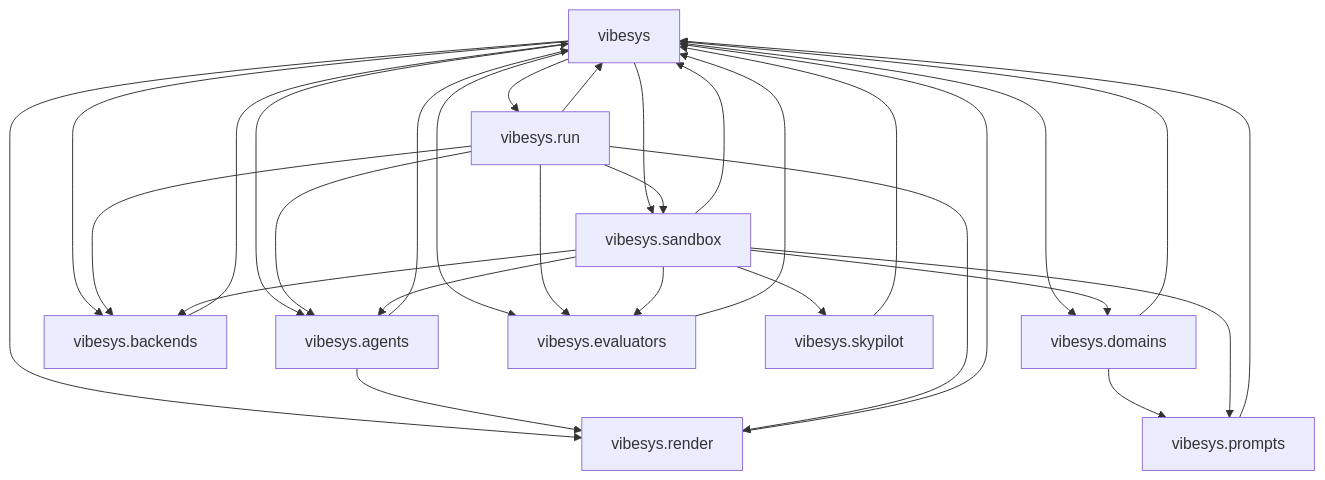
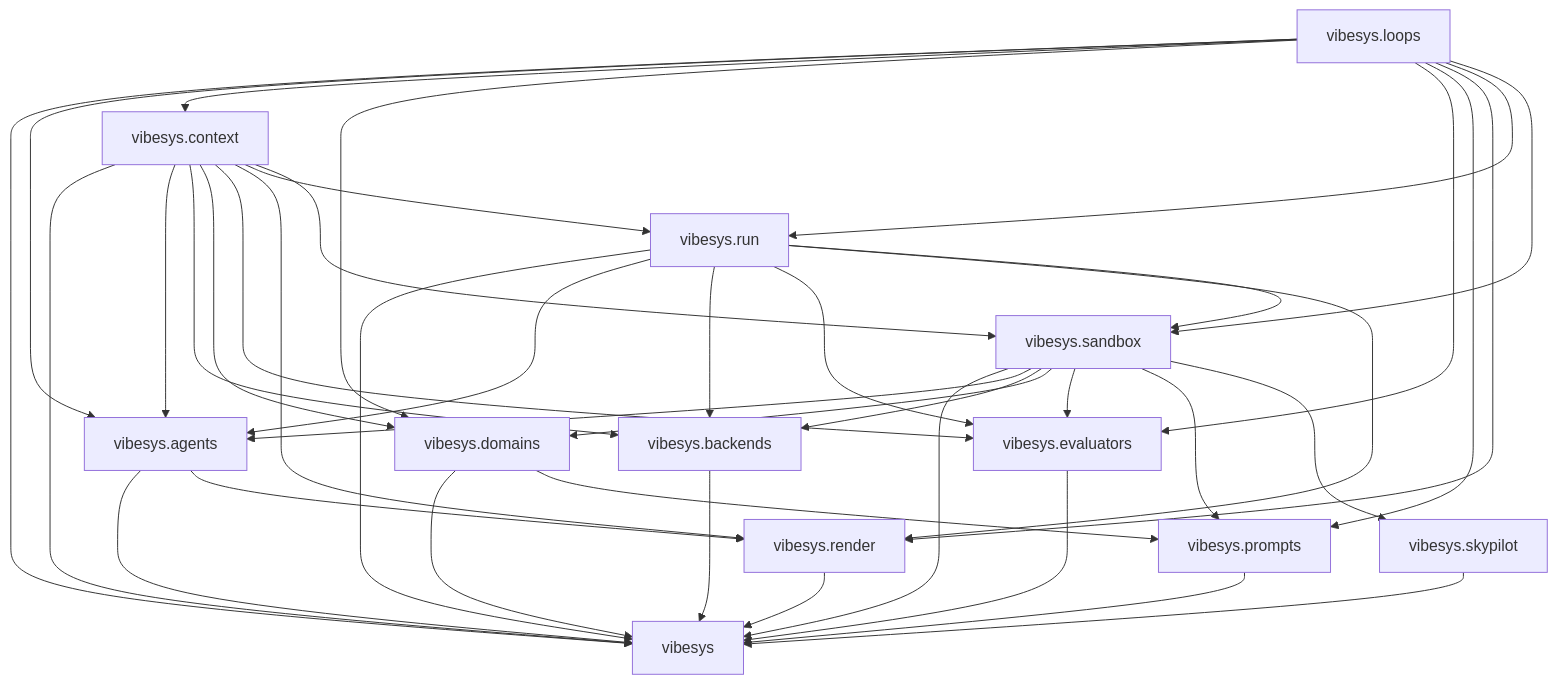
One commit to AyanBinRafaih/vibe-serve changed the second of 3 diagrams in docs/contributing/architecture.md. Above: the diagram before and after it, drawn with Mermaid. The commit also changed other lines of this file and 8 other files, not shown here.

Commit message:
refactor: make the core module graph acyclic and forbid cycles (#851)

````diff
--- a/docs/contributing/architecture.md
+++ b/docs/contributing/architecture.md
@@ -49,32 +48,42 @@
 ```mermaid
 graph TD
-    vibesys --> vibesys.agents
-    vibesys --> vibesys.backends
-    vibesys --> vibesys.domains
-    vibesys --> vibesys.evaluators
-    vibesys --> vibesys.render
-    vibesys --> vibesys.run
-    vibesys --> vibesys.sandbox
     vibesys.agents --> vibesys
     vibesys.agents --> vibesys.render
     vibesys.backends --> vibesys
+    vibesys.context --> vibesys
+    vibesys.context --> vibesys.agents
+    vibesys.context --> vibesys.backends
+    vibesys.context --> vibesys.domains
+    vibesys.context --> vibesys.evaluators
+    vibesys.context --> vibesys.render
+    vibesys.context --> vibesys.run
+    vibesys.context --> vibesys.sandbox
     vibesys.domains --> vibesys
     vibesys.domains --> vibesys.prompts
     vibesys.evaluators --> vibesys
+    vibesys.loops --> vibesys
+    vibesys.loops --> vibesys.agents
+    vibesys.loops --> vibesys.context
+    vibesys.loops --> vibesys.domains
+    vibesys.loops --> vibesys.evaluators
+    vibesys.loops --> vibesys.prompts
+    vibesys.loops --> vibesys.render
+    vibesys.loops --> vibesys.run
+    vibesys.loops --> vibesys.sandbox
     vibesys.prompts --> vibesys
     vibesys.render --> vibesys
     vibesys.run --> vibesys
     vibesys.run --> vibesys.agents
     vibesys.run --> vibesys.backends
     vibesys.run --> vibesys.evaluators
     vibesys.run --> vibesys.render
     vibesys.run --> vibesys.sandbox
     vibesys.sandbox --> vibesys
     vibesys.sandbox --> vibesys.agents
     vibesys.sandbox --> vibesys.backends
     vibesys.sandbox --> vibesys.domains
     vibesys.sandbox --> vibesys.evaluators
     vibesys.sandbox --> vibesys.prompts
     vibesys.sandbox --> vibesys.skypilot
     vibesys.skypilot --> vibesys
 ```
````
